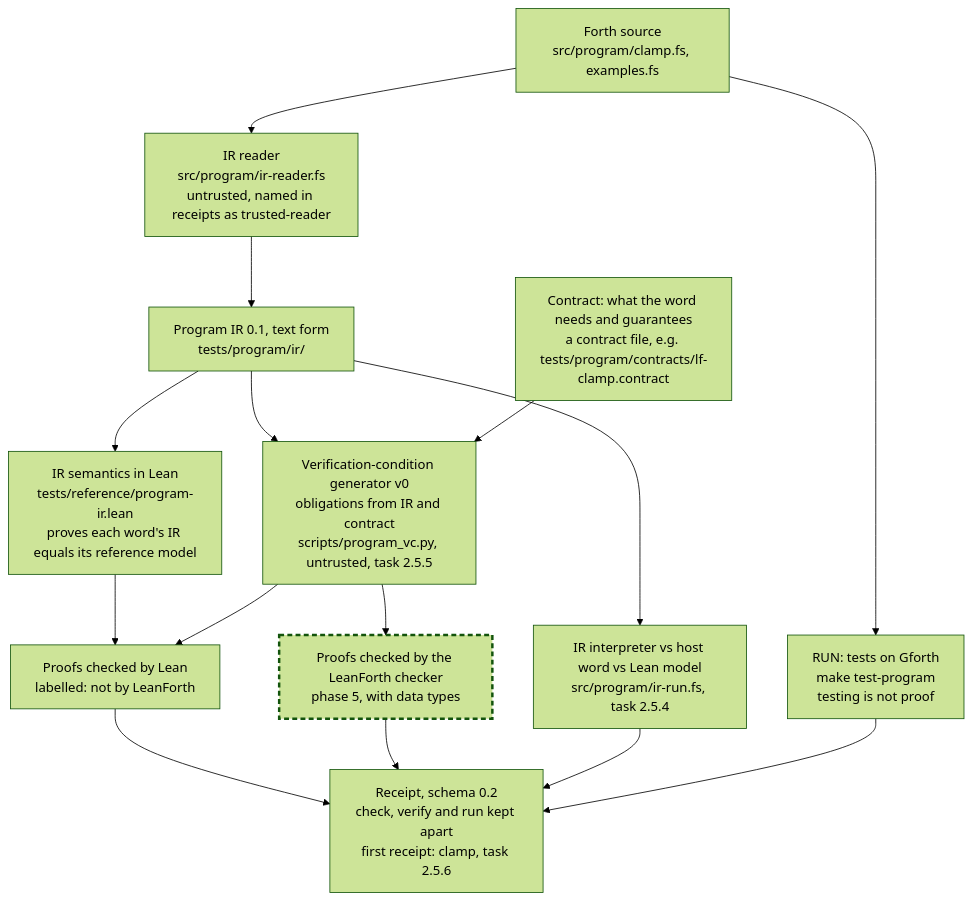
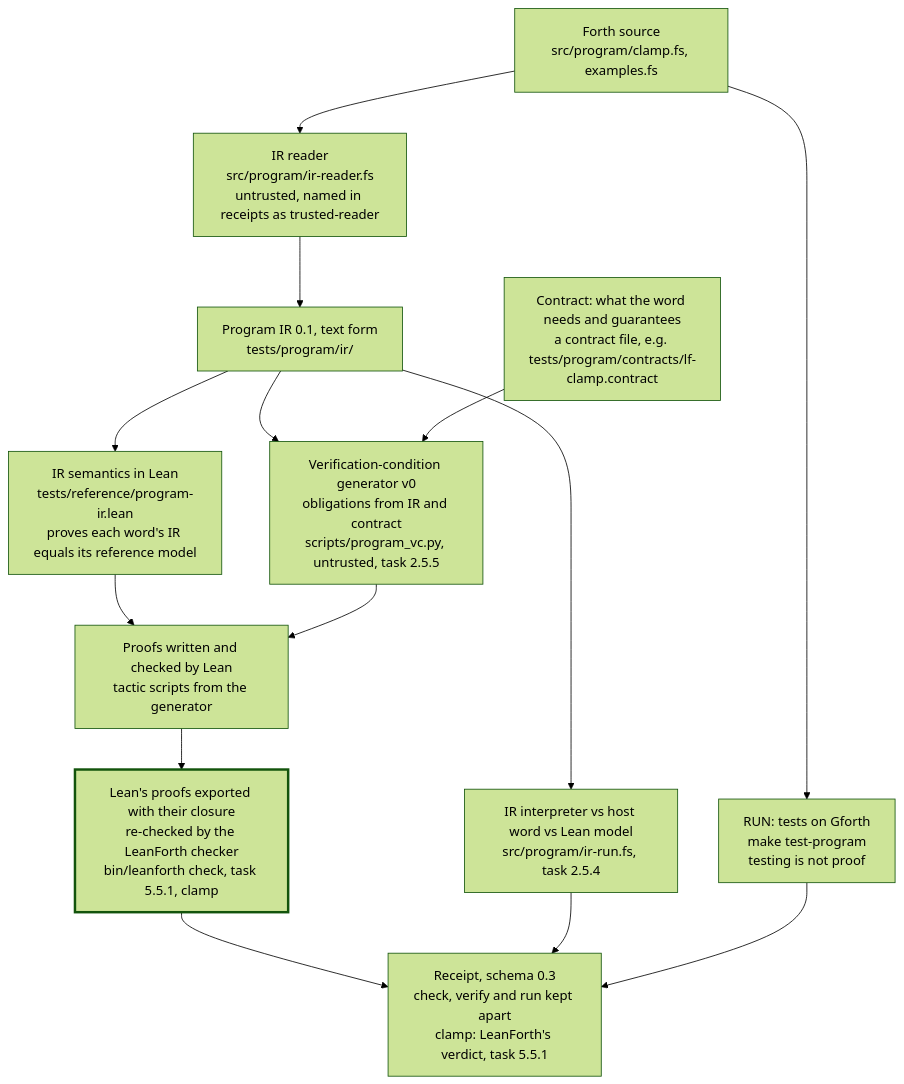
Before and after one commit to pmilford/LeanForth: the second of 2 diagrams in docs/user/WORKFLOWS.md, drawn with Mermaid (forest theme). The commit also changed other lines of this file and 38 other files, not shown here.

````diff
--- a/docs/user/WORKFLOWS.md
+++ b/docs/user/WORKFLOWS.md
@@ -120,32 +120,29 @@
 ```mermaid
 flowchart TD
   fs["Forth source<br/>src/program/clamp.fs, examples.fs"]
   contract["Contract: what the word needs and guarantees<br/>a contract file, e.g. tests/program/contracts/lf-clamp.contract"]
   rdr["IR reader<br/>src/program/ir-reader.fs<br/>untrusted, named in receipts as trusted-reader"]
   ir["Program IR 0.1, text form<br/>tests/program/ir/"]
   model["IR semantics in Lean<br/>tests/reference/program-ir.lean<br/>proves each word's IR equals its reference model"]
   interp["IR interpreter vs host word vs Lean model<br/>src/program/ir-run.fs, task 2.5.4"]
   vc["Verification-condition generator v0<br/>obligations from IR and contract<br/>scripts/program_vc.py, untrusted, task 2.5.5"]
-  leanchk["Proofs checked by Lean<br/>labelled: not by LeanForth"]
-  lfchk["Proofs checked by the LeanForth checker<br/>phase 5, with data types"]
+  leanchk["Proofs written and checked by Lean<br/>tactic scripts from the generator"]
+  lfchk["Lean's proofs exported with their closure<br/>re-checked by the LeanForth checker<br/>bin/leanforth check, task 5.5.1, clamp"]
   run["RUN: tests on Gforth<br/>make test-program<br/>testing is not proof"]
-  receipt["Receipt, schema 0.2<br/>check, verify and run kept apart<br/>first receipt: clamp, task 2.5.6"]
+  receipt["Receipt, schema 0.3<br/>check, verify and run kept apart<br/>clamp: LeanForth's verdict, task 5.5.1"]
 
   fs --> rdr --> ir
   ir --> model --> leanchk
   ir --> interp
   ir --> vc
   contract --> vc
   vc --> leanchk
-  vc --> lfchk
+  leanchk --> lfchk
   fs --> run
-  leanchk --> receipt
   lfchk --> receipt
   interp --> receipt
   run --> receipt
 
-  classDef planned stroke-dasharray: 6 4
   classDef gate stroke-width: 3px
-  class lfchk planned
   class lfchk gate
 ```
````
